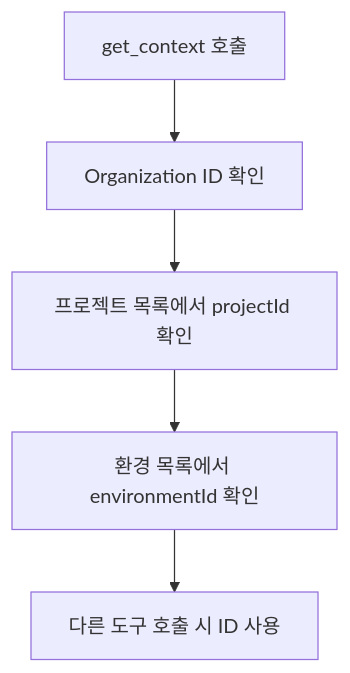
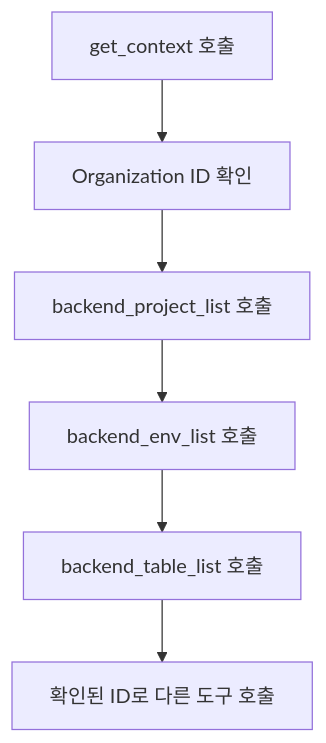
The diagram in ko/mcp/02-context.md (popup-studio-ai/bkend-docs), drawn with Mermaid before and after one commit. The commit also changed other lines of this file and 424 other files, not shown here.

````diff
--- a/ko/mcp/02-context.md
+++ b/ko/mcp/02-context.md
@@ -54,7 +54,8 @@
 ```mermaid
 flowchart TD
     A[get_context 호출] --> B[Organization ID 확인]
-    B --> C[프로젝트 목록에서 projectId 확인]
-    C --> D[환경 목록에서 environmentId 확인]
-    D --> E[다른 도구 호출 시 ID 사용]
+    B --> C[backend_project_list 호출]
+    C --> D[backend_env_list 호출]
+    D --> E[backend_table_list 호출]
+    E --> F[확인된 ID로 다른 도구 호출]
 ```
````
